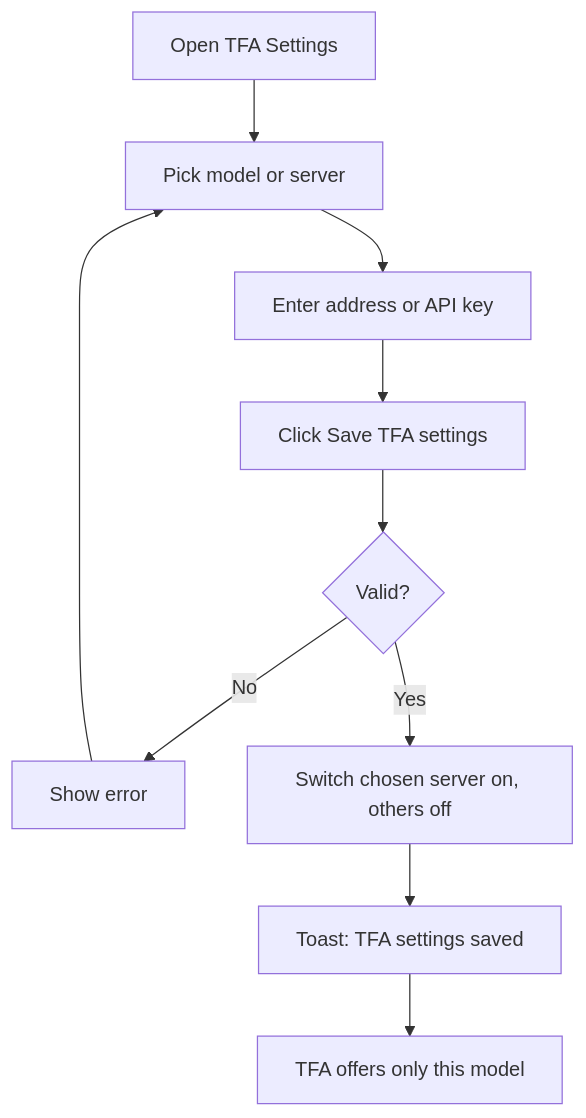
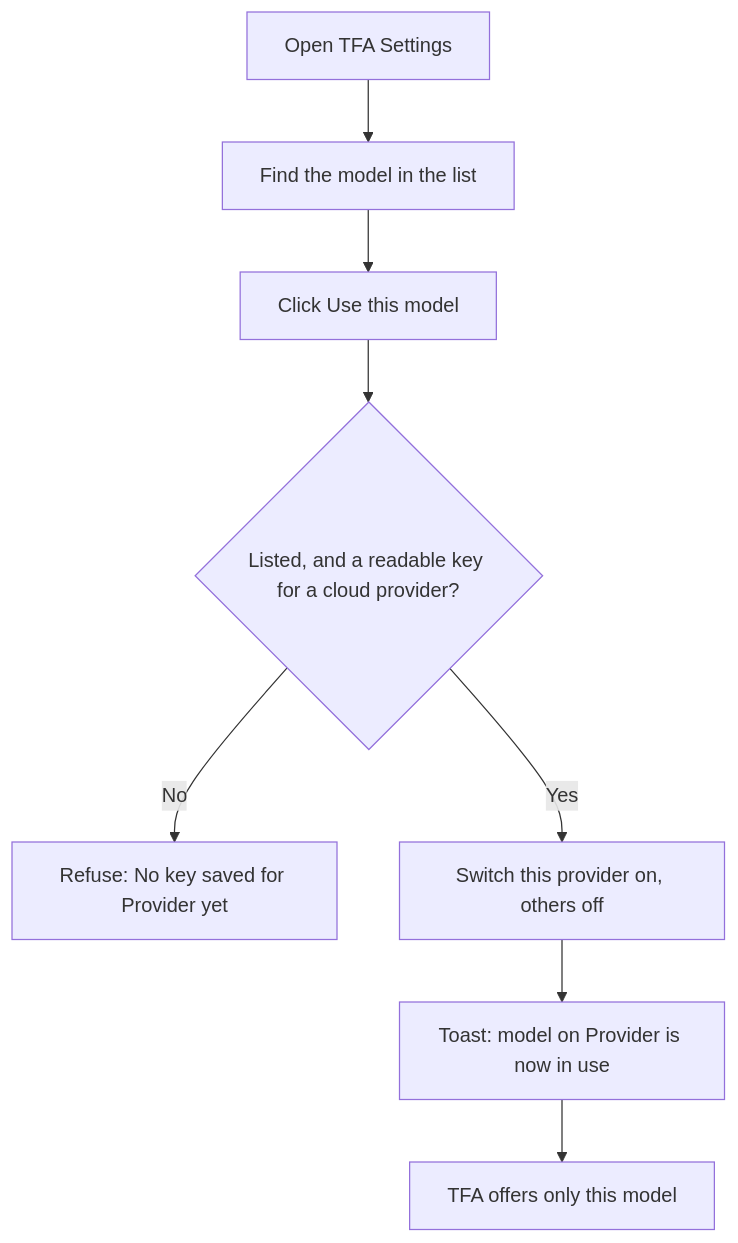
Before and after one commit to jojogeorge3344/TaskFlow-Project: the second of 6 diagrams in TF - Documents/TF - FRD/06-Settings/06.3-TFA-Settings/FRD-TFA-Settings.md, drawn with Mermaid. The commit also changed other lines of this file and 103 other files, not shown here.

First line of the commit message:
feat(tfa): add AI model page, model ID check, read-only model list and edit

````diff
--- a/TF - Documents/TF - FRD/06-Settings/06.3-TFA-Settings/FRD-TFA-Settings.md
+++ b/TF - Documents/TF - FRD/06-Settings/06.3-TFA-Settings/FRD-TFA-Settings.md
@@ -231,11 +269,10 @@
 ```mermaid
 flowchart TD
-  A["Open TFA Settings"] --> B["Pick model or server"]
-  B --> C["Enter address or API key"]
-  C --> D["Click Save TFA settings"]
-  D --> E{"Valid?"}
-  E -- No --> F["Show error"] --> B
-  E -- Yes --> G["Switch chosen server on, others off"]
-  G --> H["Toast: TFA settings saved"]
+  A["Open TFA Settings"] --> B["Find the model in the list"]
+  B --> C["Click Use this model"]
+  C --> D{"Listed, and a readable key for a cloud provider?"}
+  D -- No --> F["Refuse: No key saved for Provider yet"]
+  D -- Yes --> G["Switch this provider on, others off"]
+  G --> H["Toast: model on Provider is now in use"]
   H --> I["TFA offers only this model"]
 ```
````
